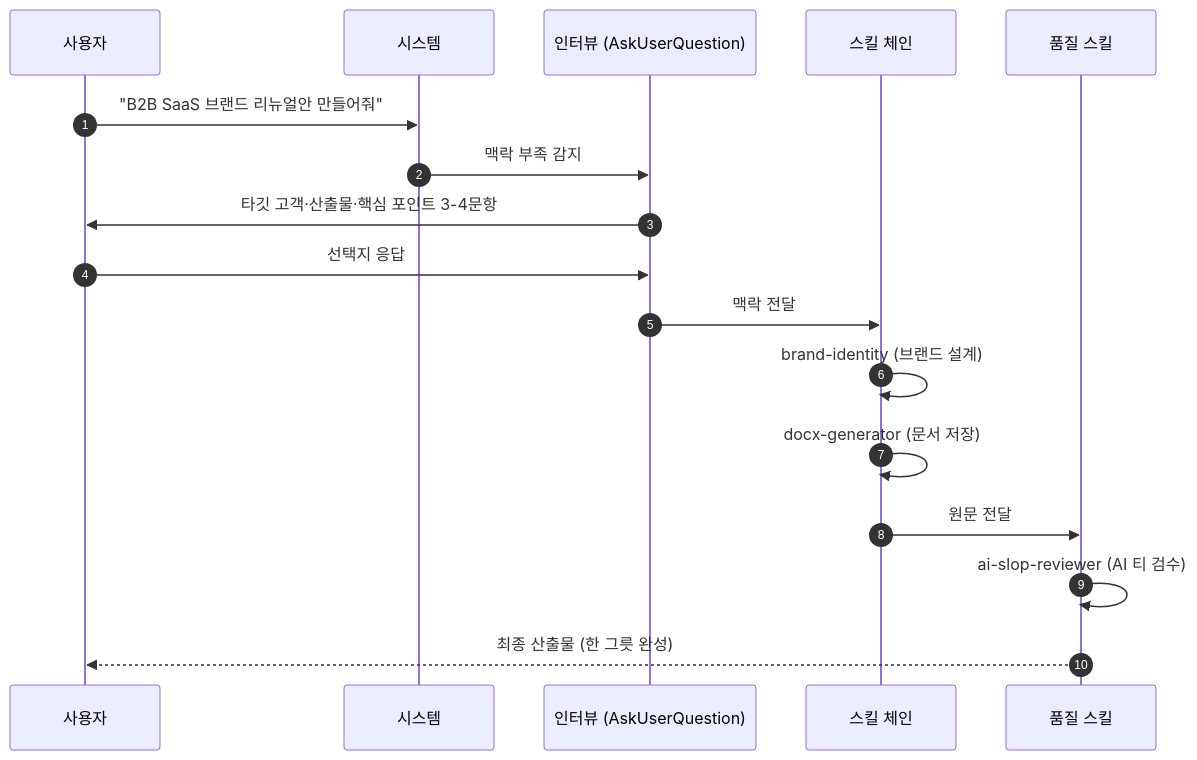
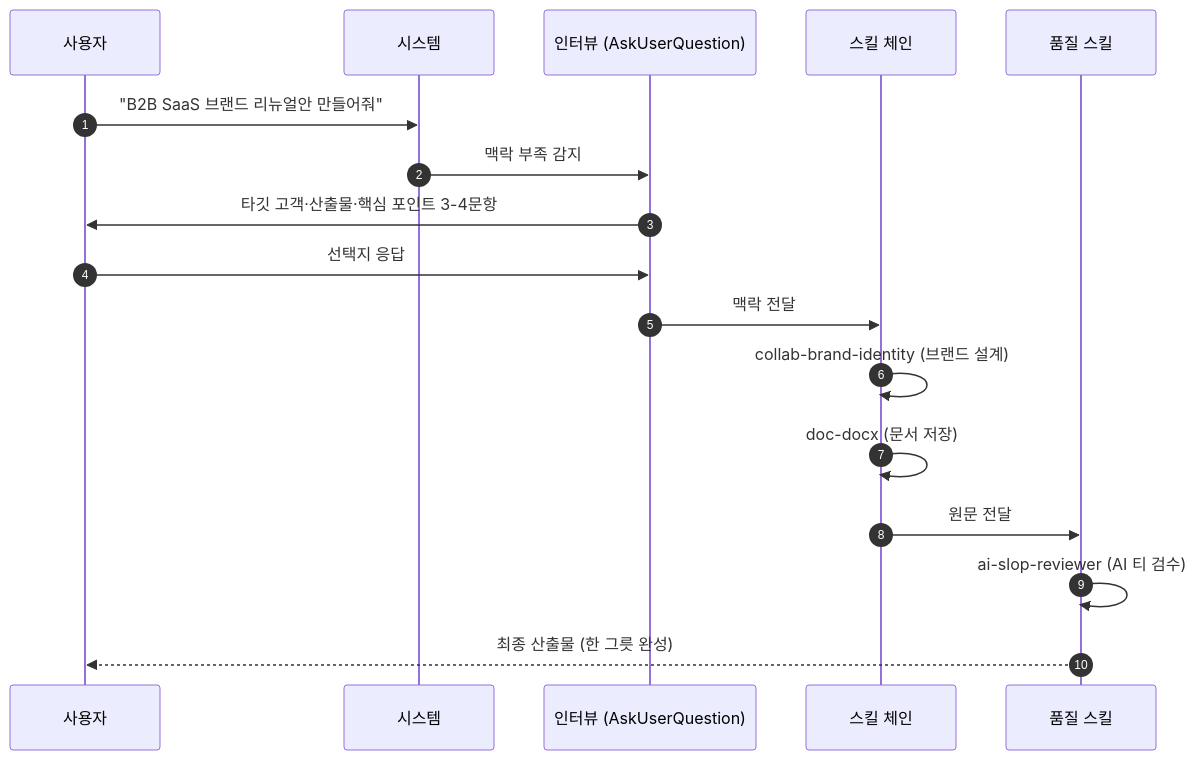
One commit to modu-ai/cowork-plugins changed the first of 5 diagrams in www/content/cookbook/tracks/track-marketing.md. Above: the diagram before and after it, drawn with Mermaid. The commit also changed other lines of this file and 45 other files, not shown here.

First line of the commit message:
docs(www): 스킬명 정합 + 깨진 링크 수정 + mermaid 보강

````diff
--- a/www/content/cookbook/tracks/track-marketing.md
+++ b/www/content/cookbook/tracks/track-marketing.md
@@ -25,20 +25,20 @@
 ```mermaid
 sequenceDiagram
    autonumber
    participant U as 사용자
    participant S as 시스템
    participant I as 인터뷰 (AskUserQuestion)
    participant C as 스킬 체인
    participant Q as 품질 스킬
 
    U->>S: "B2B SaaS 브랜드 리뉴얼안 만들어줘"
    S->>I: 맥락 부족 감지
    I->>U: 타깃 고객·산출물·핵심 포인트 3-4문항
    U->>I: 선택지 응답
    I->>C: 맥락 전달
-   C->>C: brand-identity (브랜드 설계)
-   C->>C: docx-generator (문서 저장)
+   C->>C: collab-brand-identity (브랜드 설계)
+   C->>C: doc-docx (문서 저장)
    C->>Q: 원문 전달
    Q->>Q: ai-slop-reviewer (AI 티 검수)
    Q-->>U: 최종 산출물 (한 그릇 완성)
 ```
````
